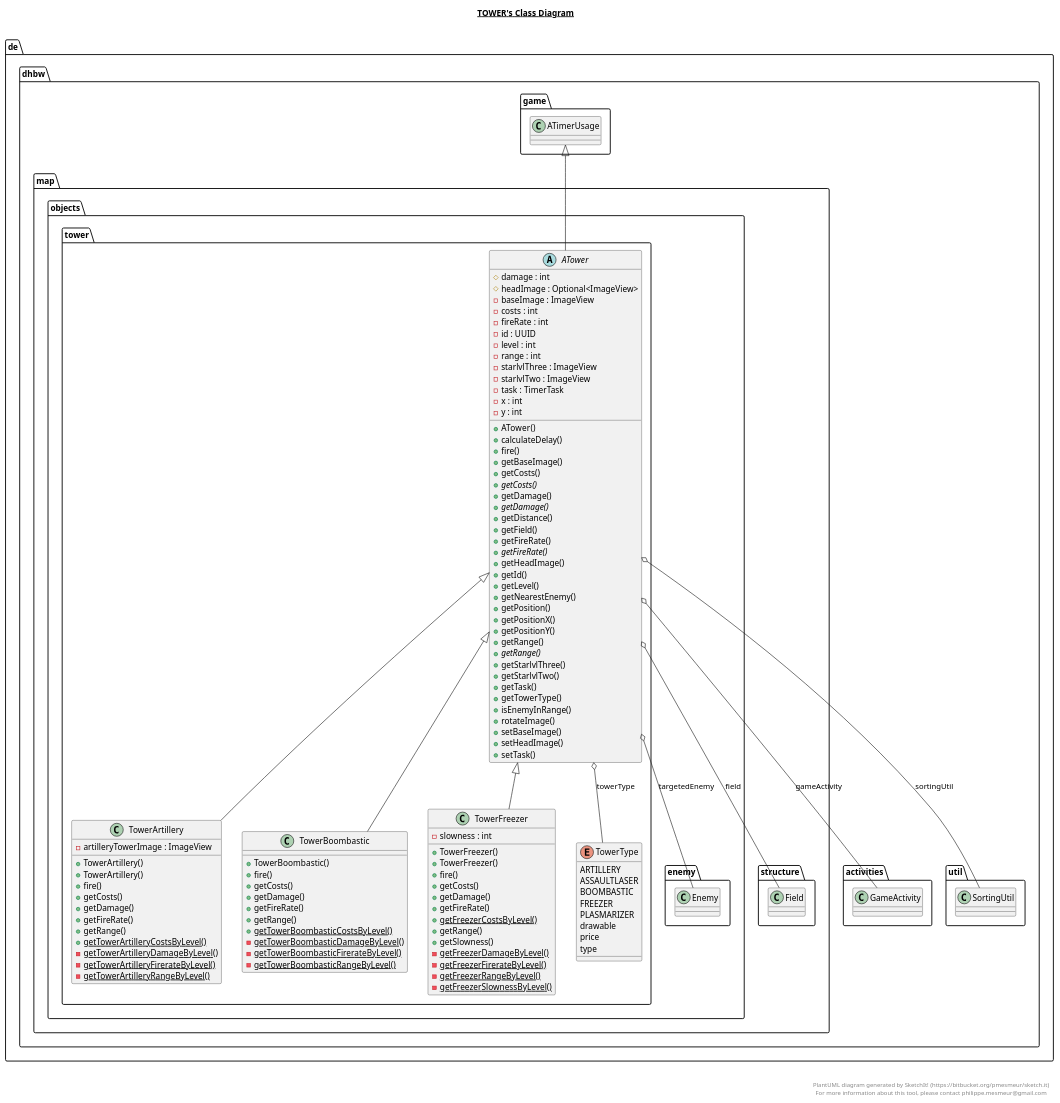
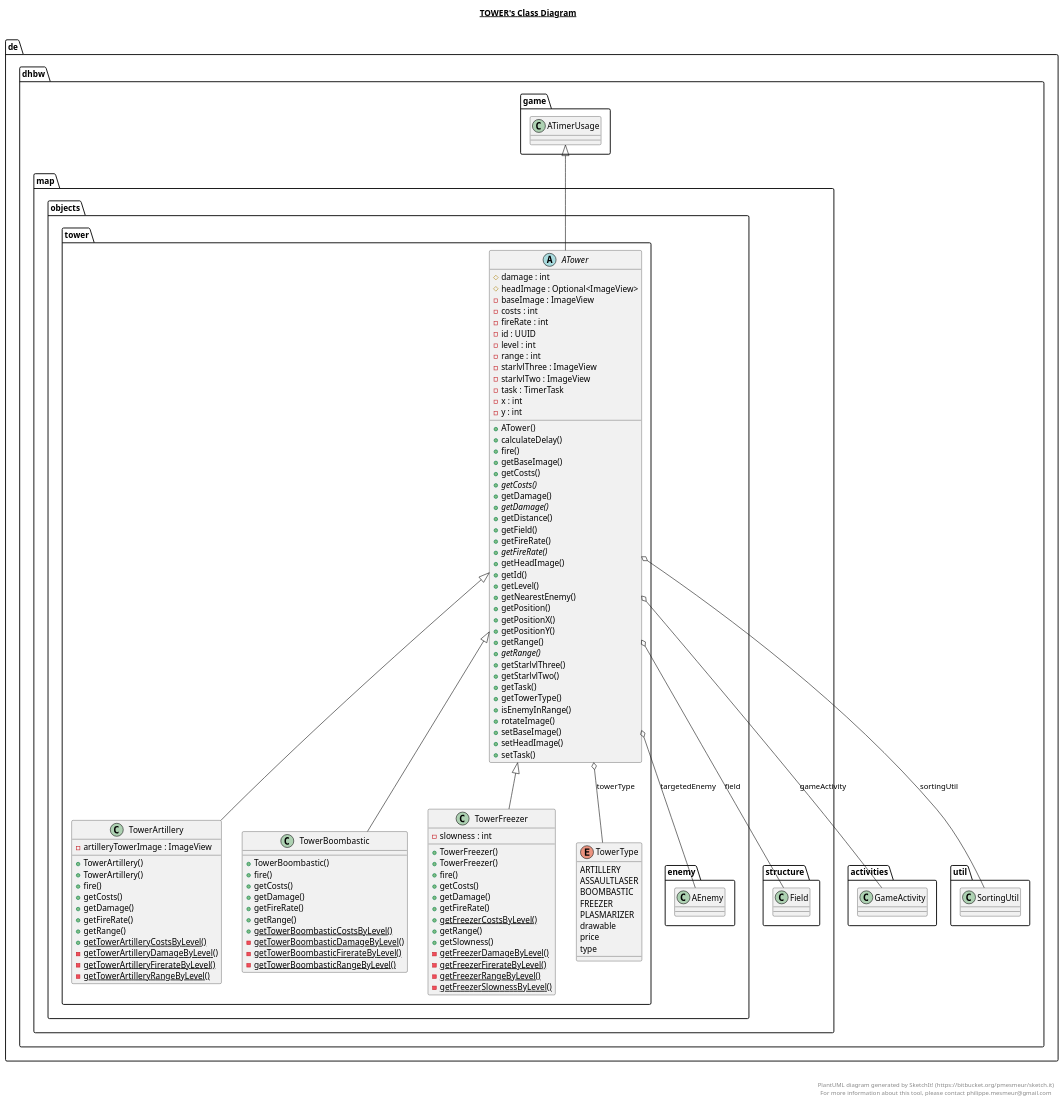
One commit to niwa99/Tower-Defense changed the diagram in app/src/main/java/de/dhbw/map/objects/tower/tower.plantuml. Above: the diagram before and after it, drawn with PlantUML. The commit also changed 20 other files, not shown here.

Commit message:
[DHTD-105] rename Enemy to AEnemy

```diff
--- a/app/src/main/java/de/dhbw/map/objects/tower/tower.plantuml
+++ b/app/src/main/java/de/dhbw/map/objects/tower/tower.plantuml
@@ -1,150 +1,150 @@
 @startuml
 
 title __TOWER's Class Diagram__\n
 
   namespace de.dhbw {
     namespace map.objects.tower {
       abstract class de.dhbw.map.objects.tower.ATower {
           # damage : int
           # headImage : Optional<ImageView>
           - baseImage : ImageView
           - costs : int
           - fireRate : int
           - id : UUID
           - level : int
           - range : int
           - starlvlThree : ImageView
           - starlvlTwo : ImageView
           - task : TimerTask
           - x : int
           - y : int
           + ATower()
           + calculateDelay()
           + fire()
           + getBaseImage()
           + getCosts()
           {abstract} + getCosts()
           + getDamage()
           {abstract} + getDamage()
           + getDistance()
           + getField()
           + getFireRate()
           {abstract} + getFireRate()
           + getHeadImage()
           + getId()
           + getLevel()
           + getNearestEnemy()
           + getPosition()
           + getPositionX()
           + getPositionY()
           + getRange()
           {abstract} + getRange()
           + getStarlvlThree()
           + getStarlvlTwo()
           + getTask()
           + getTowerType()
           + isEnemyInRange()
           + rotateImage()
           + setBaseImage()
           + setHeadImage()
           + setTask()
       }
     }
   }
   
 
   namespace de.dhbw {
     namespace map.objects.tower {
       class de.dhbw.map.objects.tower.TowerArtillery {
           - artilleryTowerImage : ImageView
           + TowerArtillery()
           + TowerArtillery()
           + fire()
           + getCosts()
           + getDamage()
           + getFireRate()
           + getRange()
           {static} + getTowerArtilleryCostsByLevel()
           {static} - getTowerArtilleryDamageByLevel()
           {static} - getTowerArtilleryFirerateByLevel()
           {static} - getTowerArtilleryRangeByLevel()
       }
     }
   }
   
 
   namespace de.dhbw {
     namespace map.objects.tower {
       class de.dhbw.map.objects.tower.TowerBoombastic {
           + TowerBoombastic()
           + fire()
           + getCosts()
           + getDamage()
           + getFireRate()
           + getRange()
           {static} + getTowerBoombasticCostsByLevel()
           {static} - getTowerBoombasticDamageByLevel()
           {static} - getTowerBoombasticFirerateByLevel()
           {static} - getTowerBoombasticRangeByLevel()
       }
     }
   }
   
 
   namespace de.dhbw {
     namespace map.objects.tower {
       class de.dhbw.map.objects.tower.TowerFreezer {
           - slowness : int
           + TowerFreezer()
           + TowerFreezer()
           + fire()
           + getCosts()
           + getDamage()
           + getFireRate()
           {static} + getFreezerCostsByLevel()
           + getRange()
           + getSlowness()
           {static} - getFreezerDamageByLevel()
           {static} - getFreezerFirerateByLevel()
           {static} - getFreezerRangeByLevel()
           {static} - getFreezerSlownessByLevel()
       }
     }
   }
   
 
   namespace de.dhbw {
     namespace map.objects.tower {
       enum TowerType {
         ARTILLERY
         ASSAULTLASER
         BOOMBASTIC
         FREEZER
         PLASMARIZER
         drawable
         price
         type
       }
     }
   }
   
 
   de.dhbw.map.objects.tower.ATower -up-|> de.dhbw.game.ATimerUsage
   de.dhbw.map.objects.tower.ATower o-- de.dhbw.activities.GameActivity : gameActivity
-  de.dhbw.map.objects.tower.ATower o-- de.dhbw.map.objects.enemy.Enemy : targetedEnemy
+  de.dhbw.map.objects.tower.ATower o-- de.dhbw.map.objects.enemy.AEnemy : targetedEnemy
   de.dhbw.map.objects.tower.ATower o-- de.dhbw.map.structure.Field : field
   de.dhbw.map.objects.tower.ATower o-- de.dhbw.util.SortingUtil : sortingUtil
   de.dhbw.map.objects.tower.ATower o-- de.dhbw.map.objects.tower.TowerType : towerType
   de.dhbw.map.objects.tower.TowerArtillery -up-|> de.dhbw.map.objects.tower.ATower
   de.dhbw.map.objects.tower.TowerBoombastic -up-|> de.dhbw.map.objects.tower.ATower
   de.dhbw.map.objects.tower.TowerFreezer -up-|> de.dhbw.map.objects.tower.ATower
 
 
 right footer
 
 
 PlantUML diagram generated by SketchIt! (https://bitbucket.org/pmesmeur/sketch.it)
 For more information about this tool, please contact philippe.mesmeur@gmail.com
 endfooter
 
 @enduml
```
